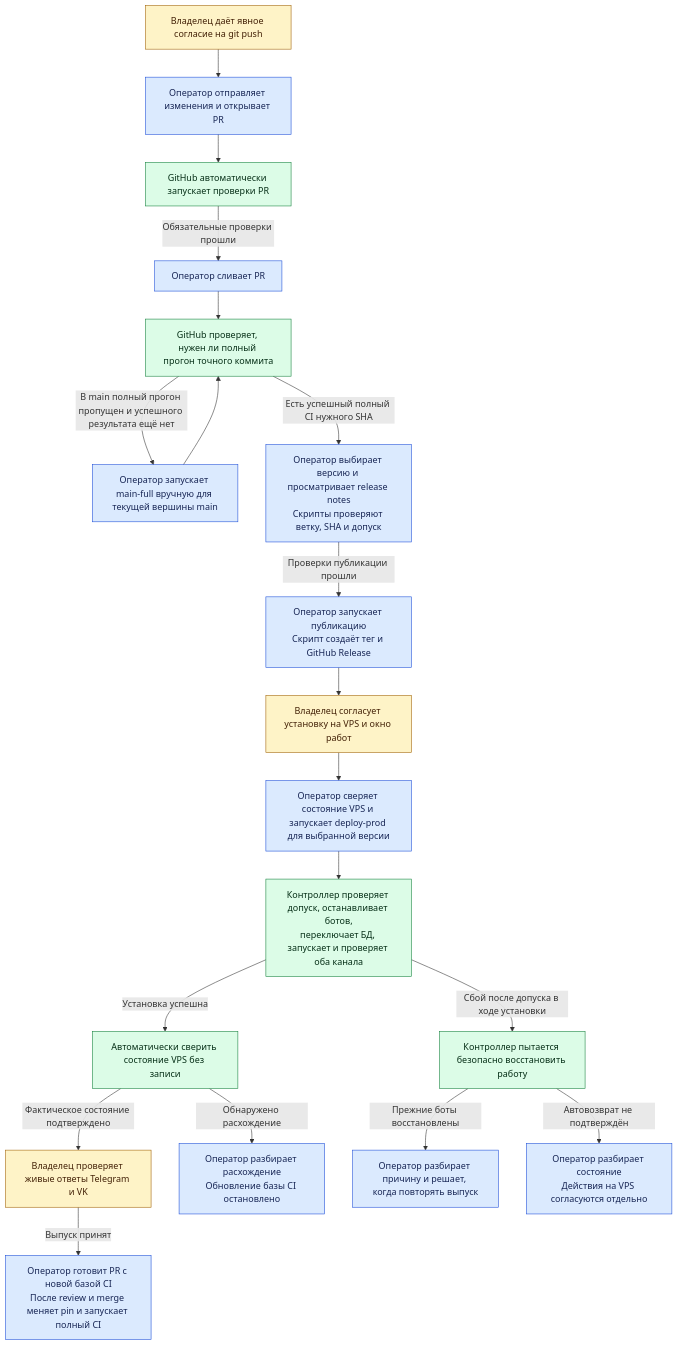
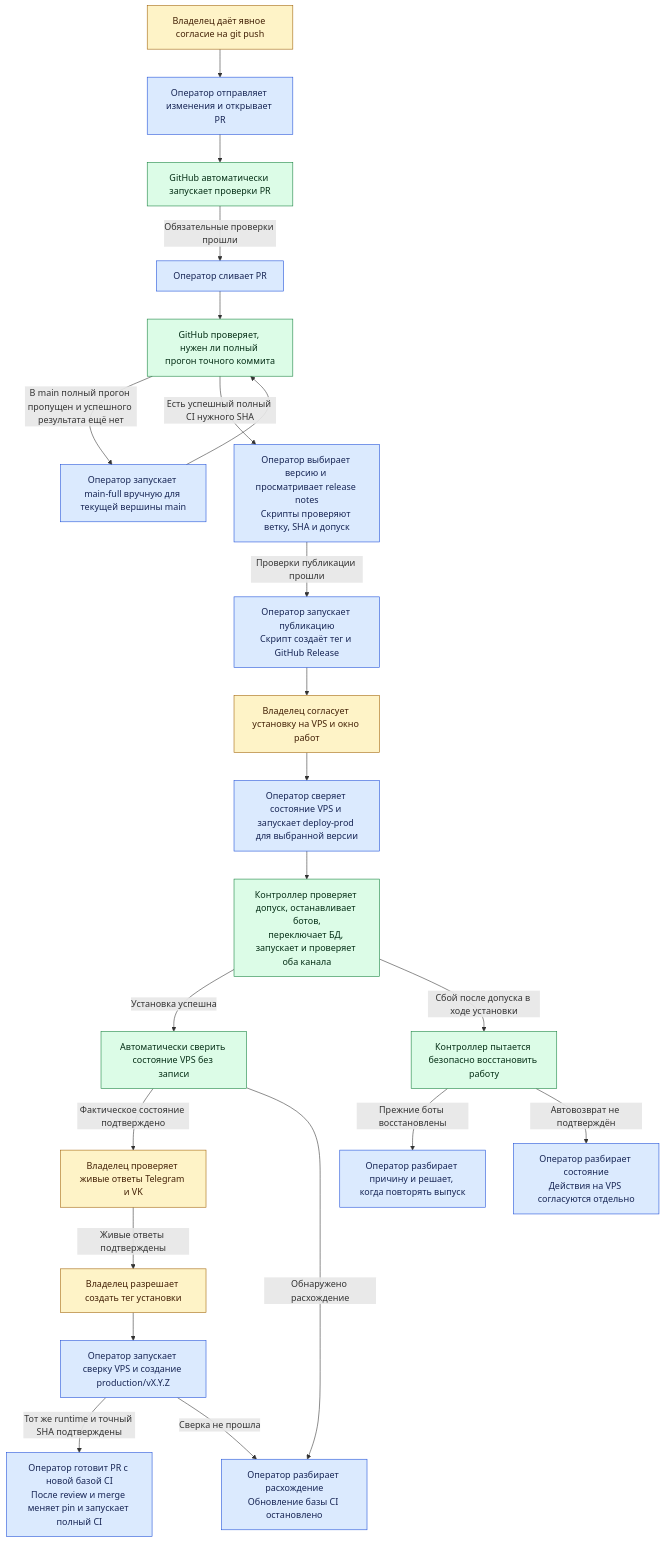
The first of 6 diagrams in docs/release-ci-admission/CI_AND_DEPLOY.md (karateka-git/compadre-assistant), drawn with Mermaid before and after one commit. The commit also changed other lines of this file and 4 other files, not shown here.

````diff
--- a/docs/release-ci-admission/CI_AND_DEPLOY.md
+++ b/docs/release-ci-admission/CI_AND_DEPLOY.md
@@ -21,28 +21,31 @@
 ```mermaid
 flowchart TD
     PUSHOK["Владелец даёт явное согласие на git push"] --> PR["Оператор отправляет изменения и открывает PR"]
     PR --> FAST["GitHub автоматически запускает проверки PR"]
     FAST -->|Обязательные проверки прошли| MERGE["Оператор сливает PR"]
     MERGE --> FULL["GitHub проверяет, нужен ли полный прогон точного коммита"]
     FULL -->|В main полный прогон пропущен и успешного результата ещё нет| RUN["Оператор запускает main-full вручную для текущей вершины main"]
     RUN --> FULL
     FULL -->|Есть успешный полный CI нужного SHA| PREP["Оператор выбирает версию и просматривает release notes<br/>Скрипты проверяют ветку, SHA и допуск"]
     PREP -->|Проверки публикации прошли| PUB["Оператор запускает публикацию<br/>Скрипт создаёт тег и GitHub Release"]
     PUB --> WINDOW["Владелец согласует установку на VPS и окно работ"]
     WINDOW --> DEPLOY["Оператор сверяет состояние VPS и запускает deploy-prod для выбранной версии"]
     DEPLOY --> VPS["Контроллер проверяет допуск, останавливает ботов,<br/>переключает БД, запускает и проверяет оба канала"]
     VPS -->|Установка успешна| VERIFY["Автоматически сверить состояние VPS без записи"]
     VERIFY -->|Фактическое состояние подтверждено| LIVE["Владелец проверяет живые ответы Telegram и VK"]
     VERIFY -->|Обнаружено расхождение| MISMATCH["Оператор разбирает расхождение<br/>Обновление базы CI остановлено"]
-    LIVE -->|Выпуск принят| BASE["Оператор готовит PR с новой базой CI<br/>После review и merge меняет pin и запускает полный CI"]
+    LIVE -->|Живые ответы подтверждены| TAGOK["Владелец разрешает создать тег установки"]
+    TAGOK --> TAG["Оператор запускает сверку VPS и создание production/vX.Y.Z"]
+    TAG -->|Тот же runtime и точный SHA подтверждены| BASE["Оператор готовит PR с новой базой CI<br/>После review и merge меняет pin и запускает полный CI"]
+    TAG -->|Сверка не прошла| MISMATCH
     VPS -->|Сбой после допуска в ходе установки| AUTO["Контроллер пытается безопасно восстановить работу"]
     AUTO -->|Прежние боты восстановлены| RETRY["Оператор разбирает причину и решает, когда повторять выпуск"]
     AUTO -->|Автовозврат не подтверждён| MANUAL["Оператор разбирает состояние<br/>Действия на VPS согласуются отдельно"]
 
     classDef owner fill:#fef3c7,stroke:#a16207,color:#422006
     classDef operator fill:#dbeafe,stroke:#1d4ed8,color:#172554
     classDef automatic fill:#dcfce7,stroke:#15803d,color:#052e16
-    class PUSHOK,WINDOW,LIVE owner
-    class PR,MERGE,RUN,PREP,PUB,DEPLOY,BASE,MISMATCH,RETRY,MANUAL operator
+    class PUSHOK,WINDOW,LIVE,TAGOK owner
+    class PR,MERGE,RUN,PREP,PUB,DEPLOY,TAG,BASE,MISMATCH,RETRY,MANUAL operator
     class FAST,FULL,VPS,VERIFY,AUTO automatic
 ```
````
